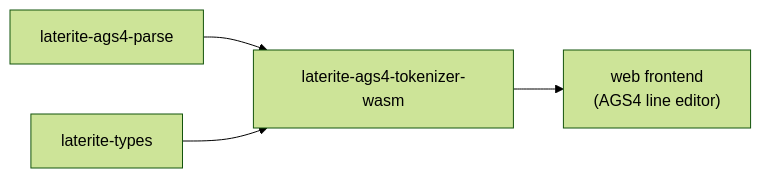
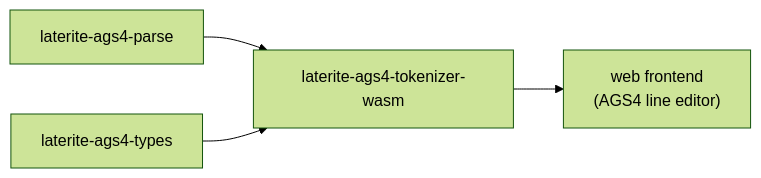
Before and after one commit to niko86/laterite: the diagram in ags-wiki/tools/laterite-ags4-tokenizer-wasm.md, drawn with Mermaid (forest theme). The commit also changed other lines of this file and 103 other files, not shown here.

````diff
--- a/ags-wiki/tools/laterite-ags4-tokenizer-wasm.md
+++ b/ags-wiki/tools/laterite-ags4-tokenizer-wasm.md
@@ -65,6 +65,6 @@
 ```mermaid
 flowchart LR
   parse[laterite-ags4-parse] --> tokwasm[laterite-ags4-tokenizer-wasm]
-  types[laterite-types] --> tokwasm
+  types[laterite-ags4-types] --> tokwasm
   tokwasm --> web["web frontend<br/>(AGS4 line editor)"]
 ```
````
